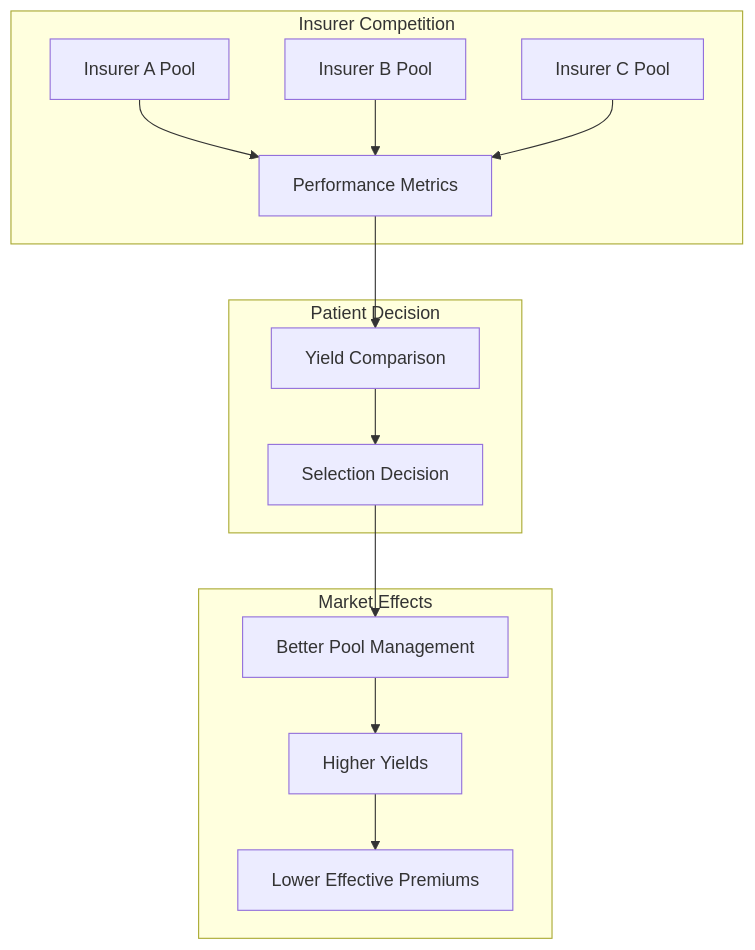
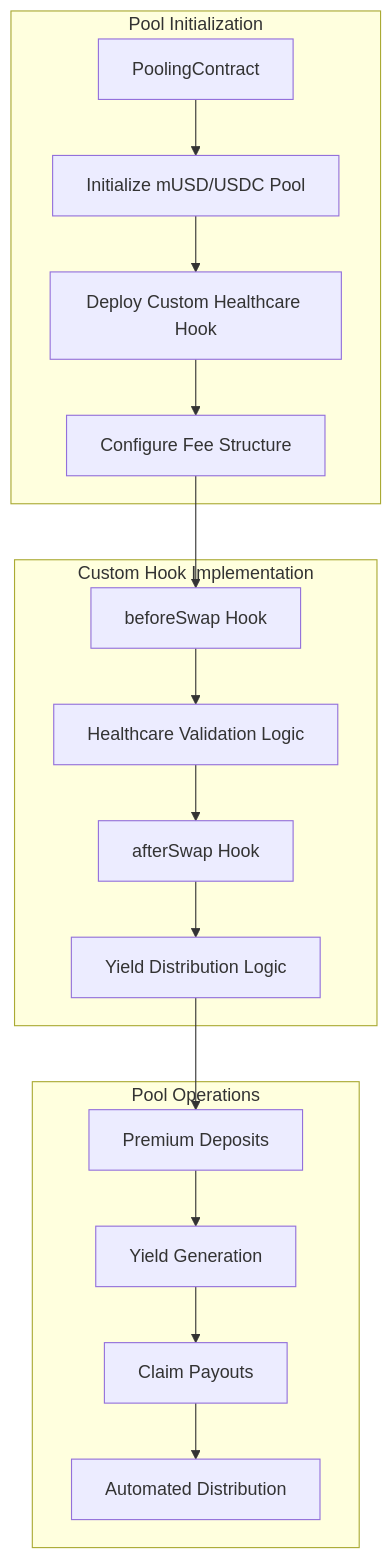
One commit to ppezzull/zkMed changed diagram 11 of 18 in memory-bank/systemPatterns.md. Above: the diagram before and after it, drawn with Mermaid. The commit also changed other lines of this file and 5 other files, not shown here.

````diff
--- a/memory-bank/systemPatterns.md
+++ b/memory-bank/systemPatterns.md
@@ -73,19 +421,22 @@
 ```mermaid
 graph TB
-    subgraph "Insurer Competition"
-        A[Insurer A Pool] --> D[Performance Metrics]
-        B[Insurer B Pool] --> D
-        C[Insurer C Pool] --> D
+    subgraph "Pool Initialization"
+        A[PoolingContract] --> B[Initialize mUSD/USDC Pool]
+        B --> C[Deploy Custom Healthcare Hook]
+        C --> D[Configure Fee Structure]
     end
     
-    subgraph "Patient Decision"
-        D --> E[Yield Comparison]
-        E --> F[Selection Decision]
+    subgraph "Custom Hook Implementation"
+        D --> E[beforeSwap Hook]
+        E --> F[Healthcare Validation Logic]
+        F --> G[afterSwap Hook]
+        G --> H[Yield Distribution Logic]
     end
     
-    subgraph "Market Effects"
-        F --> G[Better Pool Management]
-        G --> H[Higher Yields]
-        H --> I[Lower Effective Premiums]
+    subgraph "Pool Operations"
+        H --> I[Premium Deposits]
+        I --> J[Yield Generation]
+        J --> K[Claim Payouts]
+        K --> L[Automated Distribution]
     end
 ```
````
